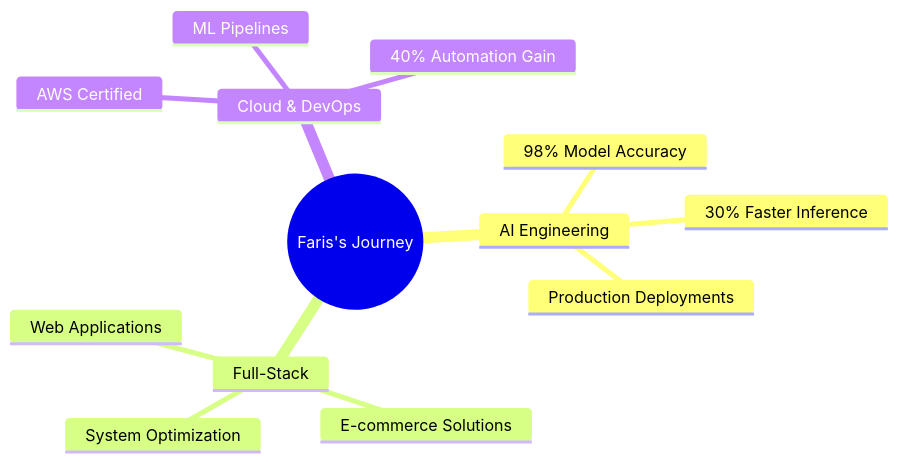
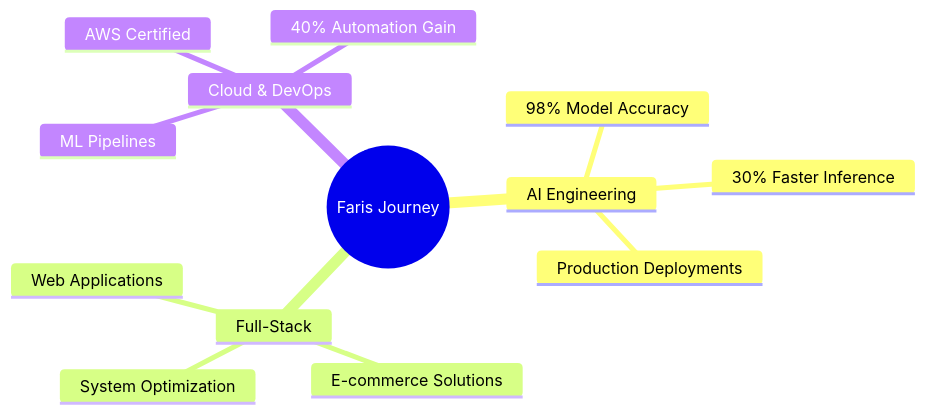
Before and after one commit to Darwee4/Darwee4: the diagram in README.md, drawn with Mermaid.

````diff
--- a/README.md
+++ b/README.md
@@ -72,16 +70,16 @@
 ```mermaid
 mindmap
-  root((Faris's Journey))
+  root((Faris Journey))
     AI Engineering
       98% Model Accuracy
       30% Faster Inference
       Production Deployments
     Full-Stack
       Web Applications
       E-commerce Solutions
       System Optimization
     Cloud & DevOps
       AWS Certified
       ML Pipelines
       40% Automation Gain
 ```
````
